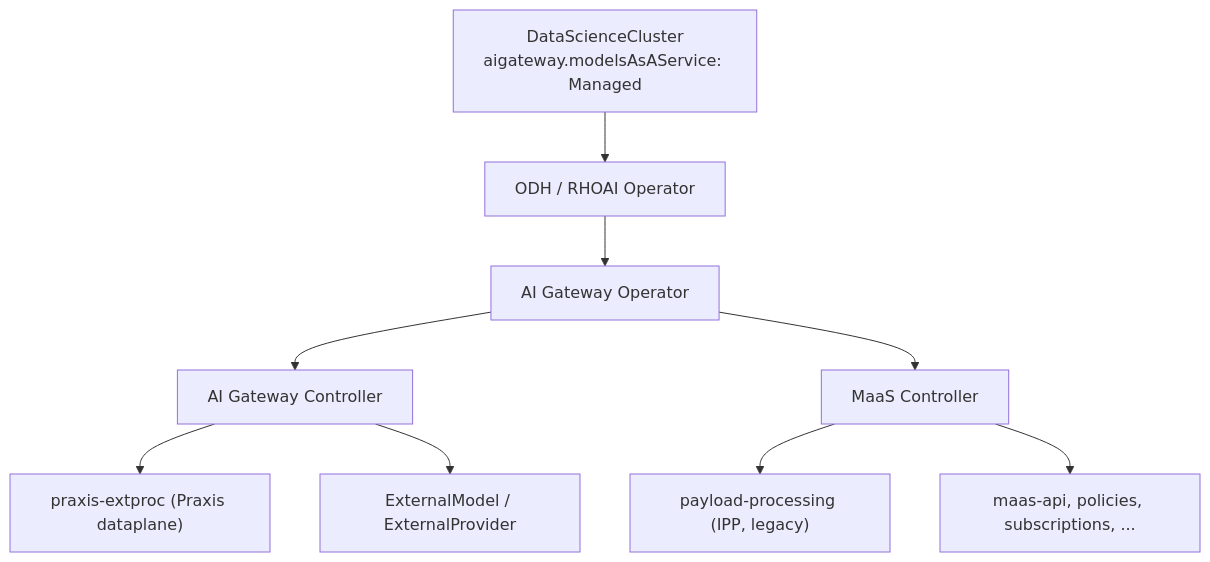
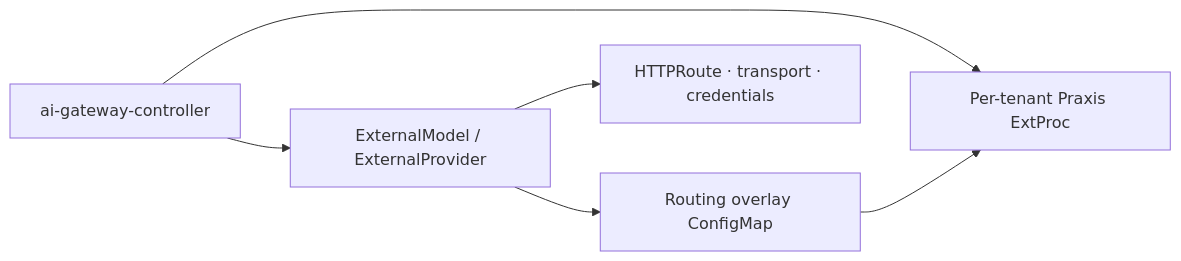
The diagram in docs/architecture.md (opendatahub-io/ai-gateway-controller), drawn with Mermaid before and after one commit. The commit also changed other lines of this file and 5 other files, not shown here.

````diff
--- a/docs/architecture.md
+++ b/docs/architecture.md
@@ -54,20 +15,14 @@
 ```mermaid
-flowchart TD
-    DSC["DataScienceCluster<br/>aigateway.modelsAsAService: Managed"]
-    ODH["ODH / RHOAI Operator"]
-    AIGO["AI Gateway Operator"]
-    AIGC["AI Gateway Controller"]
-    MAAS["MaaS Controller"]
-    PRAXIS["praxis-extproc (Praxis dataplane)"]
-    IPP["payload-processing (IPP, legacy)"]
-    API["maas-api, policies, subscriptions, ..."]
+flowchart LR
+    AGC["ai-gateway-controller"]
+    TENANT["Per-tenant Praxis ExtProc"]
+    EM["ExternalModel / ExternalProvider"]
+    ROUTE["HTTPRoute · transport · credentials"]
+    OVERLAY["Routing overlay ConfigMap"]
 
-    DSC --> ODH
-    ODH --> AIGO
-    AIGO --> AIGC
-    AIGO --> MAAS
-    AIGC --> PRAXIS
-    AIGC --> EM["ExternalModel / ExternalProvider"]
-    MAAS --> IPP
-    MAAS --> API
+    AGC --> TENANT
+    AGC --> EM
+    EM --> ROUTE
+    EM --> OVERLAY
+    OVERLAY --> TENANT
 ```
````
